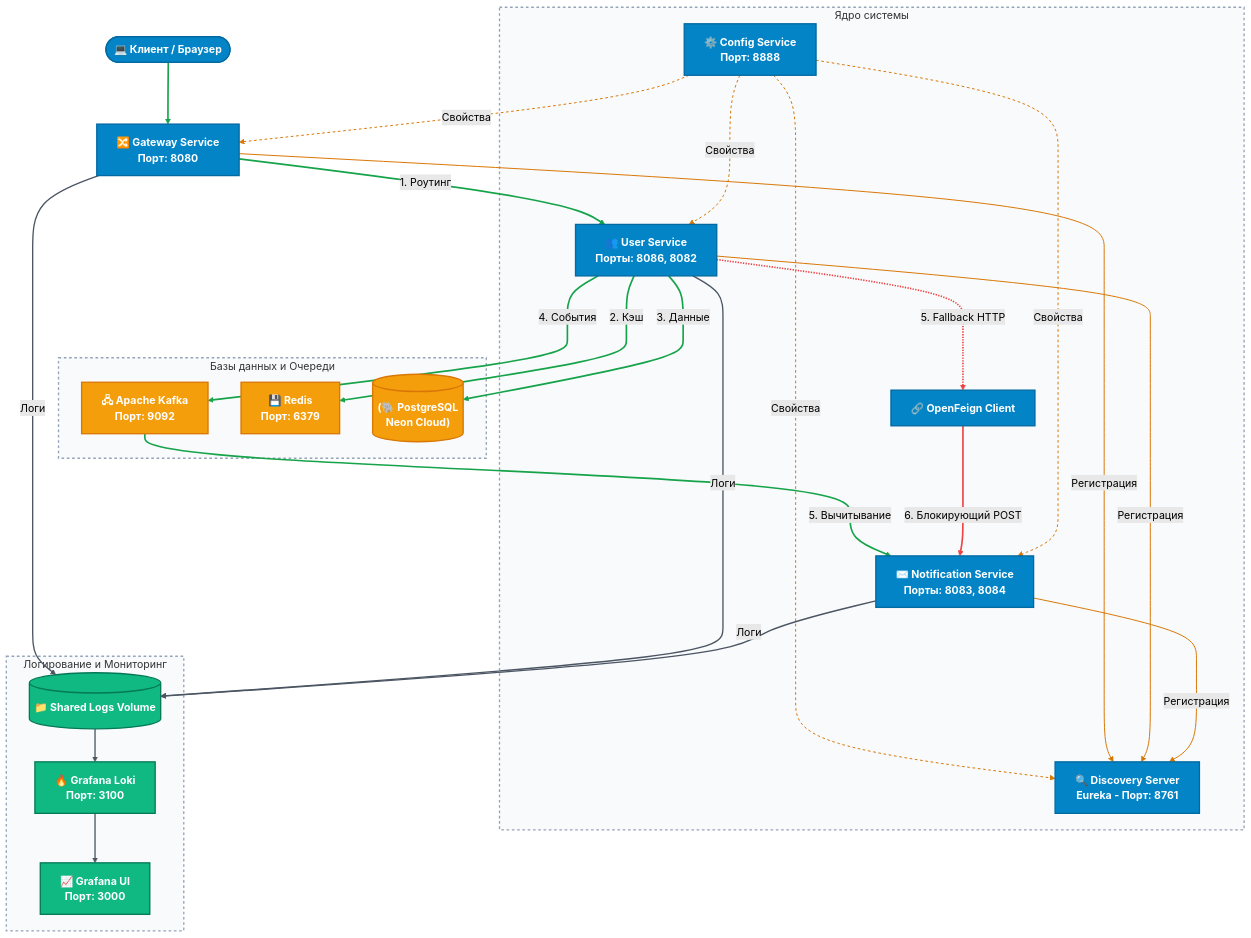
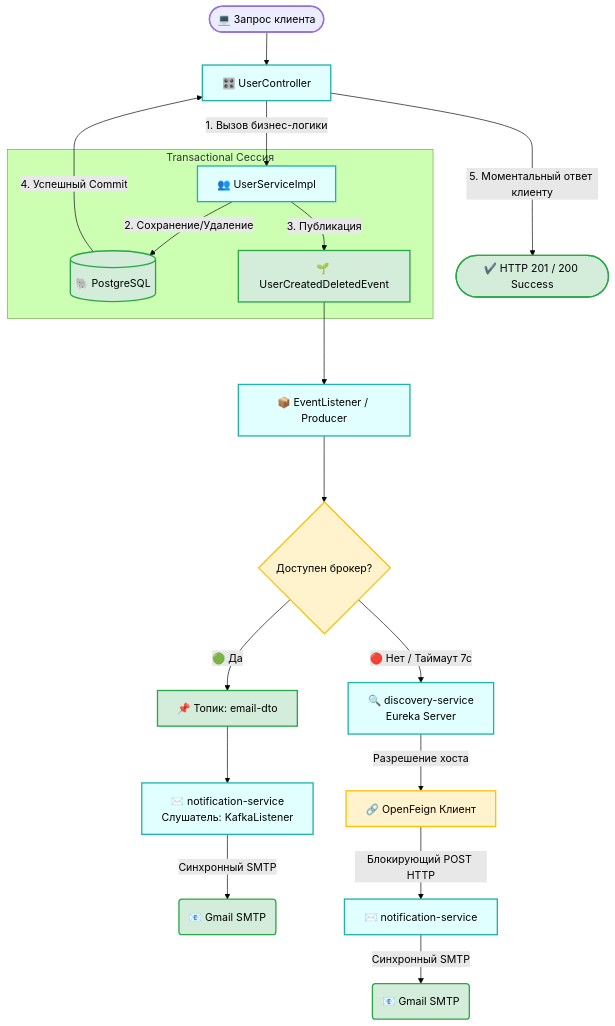
The second of 2 diagrams in README.md (maxitool/user-service), drawn with Mermaid (forest theme) before and after one commit. The commit also changed other lines of this file, not shown here.

````diff
--- a/README.md
+++ b/README.md
@@ -169,97 +182,43 @@
 ```mermaid
-graph TD
-    %% ==========================================
-    %% ОБЪЯВЛЕНИЕ КОМПОНЕНТОВ СИСТЕМЫ
-    %% ==========================================
-    Client([💻 Клиент / Браузер])
-    Gateway[🔀 Gateway Service<br/>Порт: 8080]
+flowchart TD
+    %% Основной поток управления (Бизнес-логика)
+    Start([💻 Запрос клиента]) --> Ctrl[🎛️ UserController]
+    Ctrl -->|1. Вызов бизнес-логики| Service[👥 UserServiceImpl]
+    
+    %% Транзакционная работа с PostgreSQL и внутренними событиями (Исправленный синтаксис)
+    subgraph Spring_Transaction ["Transactional Сессия"]
+        Service -->|2. Сохранение/Удаление| DB[(🐘 PostgreSQL)]
+        Service -->|3. Публикация| Event[🌱 UserCreatedDeletedEvent]
+    end
+    
+    %% Момент отправки ответа клиенту
+    DB --->|4. Успешный Commit| Ctrl
+    Ctrl --->|5. Моментальный ответ клиенту| Return([✔️ HTTP 201 / 200 Success])
 
-    subgraph Core ["Ядро системы"]
-        Config[⚙️ Config Service<br/>Порт: 8888]
-        Discovery["🔍 Discovery Server<br/>Eureka - Порт: 8761"]
-        US[👥 User Service<br/>Порты: 8086, 8082]
-        NS[✉️ Notification Service<br/>Порты: 8083, 8084]
-        Feign[🔗 OpenFeign Client]
-    end
+    %% Перехват события и отправка во внешнюю среду
+    Event ---> Listener[📦 EventListener / Producer]
+    Listener ---> Check{Доступен брокер?}
+    
+    %% Путь А: Кафка доступна (Штатный режим)
+    Check -->|🟢 Да| Kafka[📌 Топик: email-dto]
+    Kafka --> NS_Async[✉️ notification-service <br/> Слушатель: KafkaListener]
+    NS_Async -->|Синхронный SMTP| SMTP1(📧 Gmail SMTP)
 
-    subgraph Infrastructure ["Базы данных и Очереди"]
-        Kafka[🖧 Apache Kafka<br/>Порт: 9092]
-        Redis[💾 Redis<br/>Порт: 6379]
-        DB[("(🐘 PostgreSQL<br/>Neon Cloud)")]
-    end
+    %% Путь Б: Кафка упала (Аварийный деградационный Fallback)
+    Check -->|🔴 Нет / Таймаут 7с| Eureka[🔍 discovery-service <br/> Eureka Server]
+    Eureka -->|Разрешение хоста| Feign[🔗 OpenFeign Клиент]
+    Feign -->|Блокирующий POST HTTP| NS_Sync[✉️ notification-service]
+    NS_Sync -->|Синхронный SMTP| SMTP2(📧 Gmail SMTP)
 
-    subgraph Observability ["Логирование и Мониторинг"]
-        Volume[(📁 Shared Logs Volume)]
-        Loki[🔥 Grafana Loki<br/>Порт: 3100]
-        Grafana[📈 Grafana UI<br/>Порт: 3000]
-    end
+    %% Стилизация (Безопасно для парсера GitHub)
+    classDef client fill:#ececff,stroke:#9370db,stroke-width:2px;
+    classDef core fill:#e1ffff,stroke:#20b2aa,stroke-width:2px;
+    classDef success fill:#d4edda,stroke:#28a745,stroke-width:2px;
+    classDef fail fill:#f8d7da,stroke:#dc3545,stroke-width:2px;
+    classDef warn fill:#fff3cd,stroke:#ffc107,stroke-width:2px;
 
-    %% ==========================================
-    %% ПОТОКИ ДАННЫХ И СВЯЗИ (Линейный порядок для linkStyle)
-    %% ==========================================
-    
-    %% Основные бизнес-потоки и трафик
-    Client --> Gateway
-    Gateway -->|1. Роутинг| US
-    US --->|2. Кэш| Redis
-    US --->|3. Данные| DB
-    US --->|4. События| Kafka
-    Kafka --->|5. Вычитывание| NS
-    
-    %% Аварийный синхронный Fallback
-    US -.->|5. Fallback HTTP| Feign
-    Feign --->|6. Блокирующий POST| NS
-
-    %% Конфигурация через Config Server
-    Config -.->|Свойства| Discovery
-    Config -.->|Свойства| Gateway
-    Config -.->|Свойства| US
-    Config -.->|Свойства| NS
-
-    %% Регистрация в Service Discovery Eureka
-    Gateway --->|Регистрация| Discovery
-    US --->|Регистрация| Discovery
-    NS --->|Регистрация| Discovery
-
-    %% Агрегация логов и мониторинг
-    Gateway -->|Логи| Volume
-    US -->|Логи| Volume
-    NS -->|Логи| Volume
-    Volume --> Loki
-    Loki --> Grafana
-
-    %% ==========================================
-    %% ЯРКАЯ КОНТРАСТНАЯ СТИЛИЗАЦИЯ (Концепция 3 цветов)
-    %% ==========================================
-    classDef appStyle fill:#0284C7,stroke:#0369A1,stroke-width:2px,color:#FFFFFF,font-weight:bold;
-    classDef dataStyle fill:#F59E0B,stroke:#D97706,stroke-width:2px,color:#FFFFFF,font-weight:bold;
-    classDef logsStyle fill:#10B981,stroke:#047857,stroke-width:2px,color:#FFFFFF,font-weight:bold;
-    classDef subContainer fill:#F8FAFC,stroke:#94A3B8,stroke-width:2px,stroke-dasharray: 4 4;
-
-    %% Применение насыщенных цветов к компонентам
-    class Client,Gateway,Config,Discovery,US,NS,Feign appStyle;
-    class Kafka,Redis,DB dataStyle;
-    class Volume,Loki,Grafana logsStyle;
-
-    %% Применение стилей к рамкам подграфов
-    class Core,Infrastructure,Observability subContainer;
-
-    %% ==========================================
-    %% СИНХРОНИЗИРОВАННАЯ ПОДСВЕТКА СТРЕЛОК
-    %% ==========================================
-    
-    %% Индексы 0-5: Штатный бизнес-трафик, запросы и данные (Зеленый Happy Path)
-    linkStyle 0,1,2,3,4,5 stroke:#16A34A,stroke-width:2.5px;
-    
-    %% Индексы 6-7: Аварийный Fallback путь деградации (Яркий красный)
-    linkStyle 6,7 stroke:#EF4444,stroke-width:2.5px;
-    
-    %% Индексы 8-11: Служебная раздача свойств Config (Предупреждающий оранжевый пунктир)
-    linkStyle 8,9,10,11 stroke:#D97706,stroke-width:1.5px,stroke-dasharray: 4 4;
-    
-    %% Индексы 12-14: Инфраструктурный Heartbeat в Eureka (Предупреждающий оранжевый сплошной)
-    linkStyle 12,13,14 stroke:#D97706,stroke-width:1.5px;
-    
-    %% Индексы 15-19: Сбор логов и графики мониторинга Loki/Grafana (Нейтральный графитовый)
-    linkStyle 15,16,17,18,19 stroke:#4B5563,stroke-width:2px;
+    class Start client;
+    class Ctrl,Service,Listener,NS_Async,NS_Sync,Eureka core;
+    class DB,Event,Kafka,Return,SMTP1,SMTP2 success;
+    class Feign,Check warn;
 ```
````
